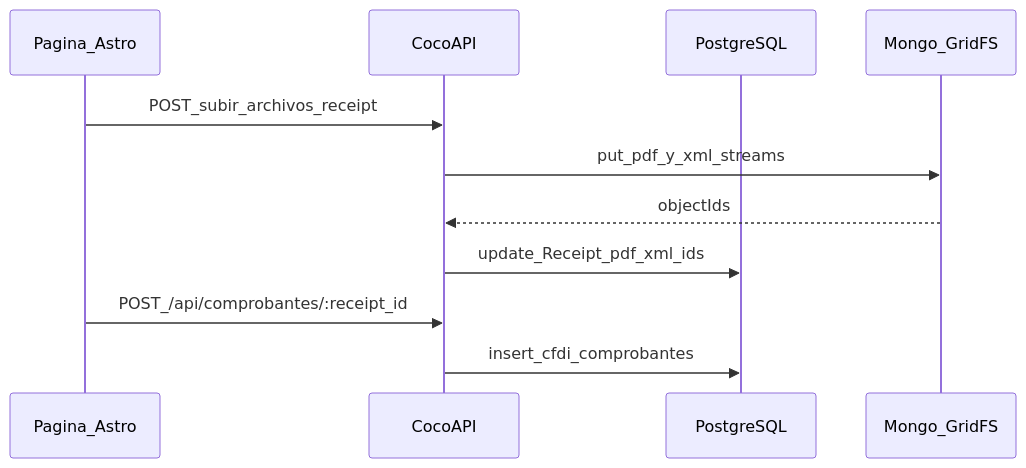
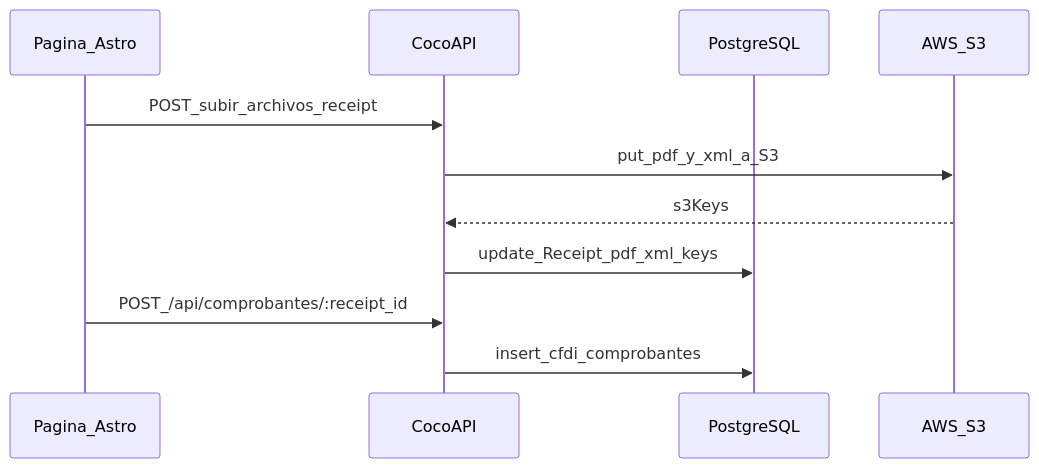
Before and after one commit to coconsulting2/cocowiki: the fourth of 4 diagrams in docs/arquitectura-datos/flujos.md, drawn with Mermaid. The commit also changed other lines of this file and 20 other files, not shown here.

````diff
--- a/docs/arquitectura-datos/flujos.md
+++ b/docs/arquitectura-datos/flujos.md
@@ -222,14 +222,14 @@
 ```mermaid
 sequenceDiagram
   participant P as Pagina_Astro
   participant API as CocoAPI
   participant PG as PostgreSQL
-  participant M as Mongo_GridFS
+  participant M as AWS_S3
 
   P->>API: POST_subir_archivos_receipt
-  API->>M: put_pdf_y_xml_streams
-  M-->>API: objectIds
-  API->>PG: update_Receipt_pdf_xml_ids
+  API->>M: put_pdf_y_xml_a_S3
+  M-->>API: s3Keys
+  API->>PG: update_Receipt_pdf_xml_keys
   P->>API: POST_/api/comprobantes/:receipt_id
   API->>PG: insert_cfdi_comprobantes
 ```
````
